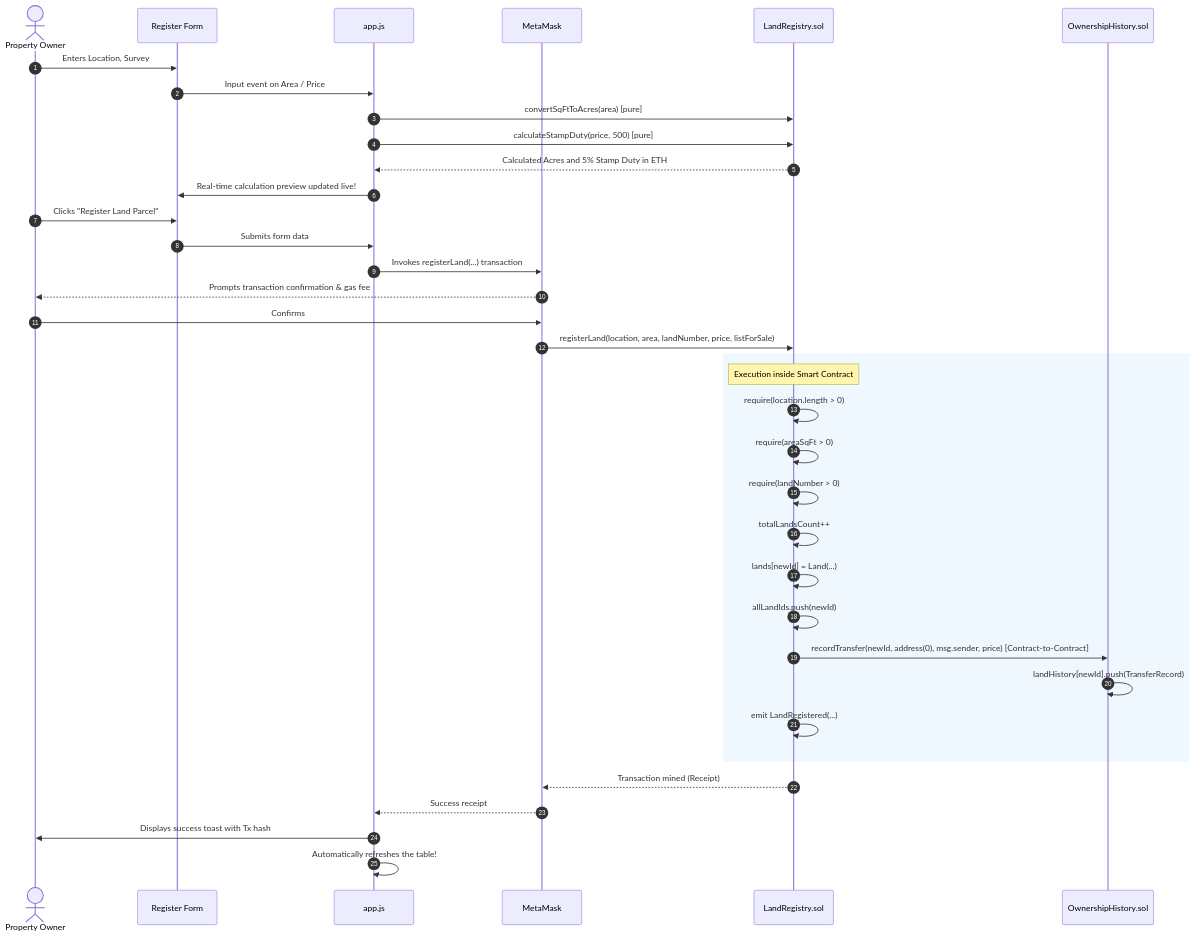
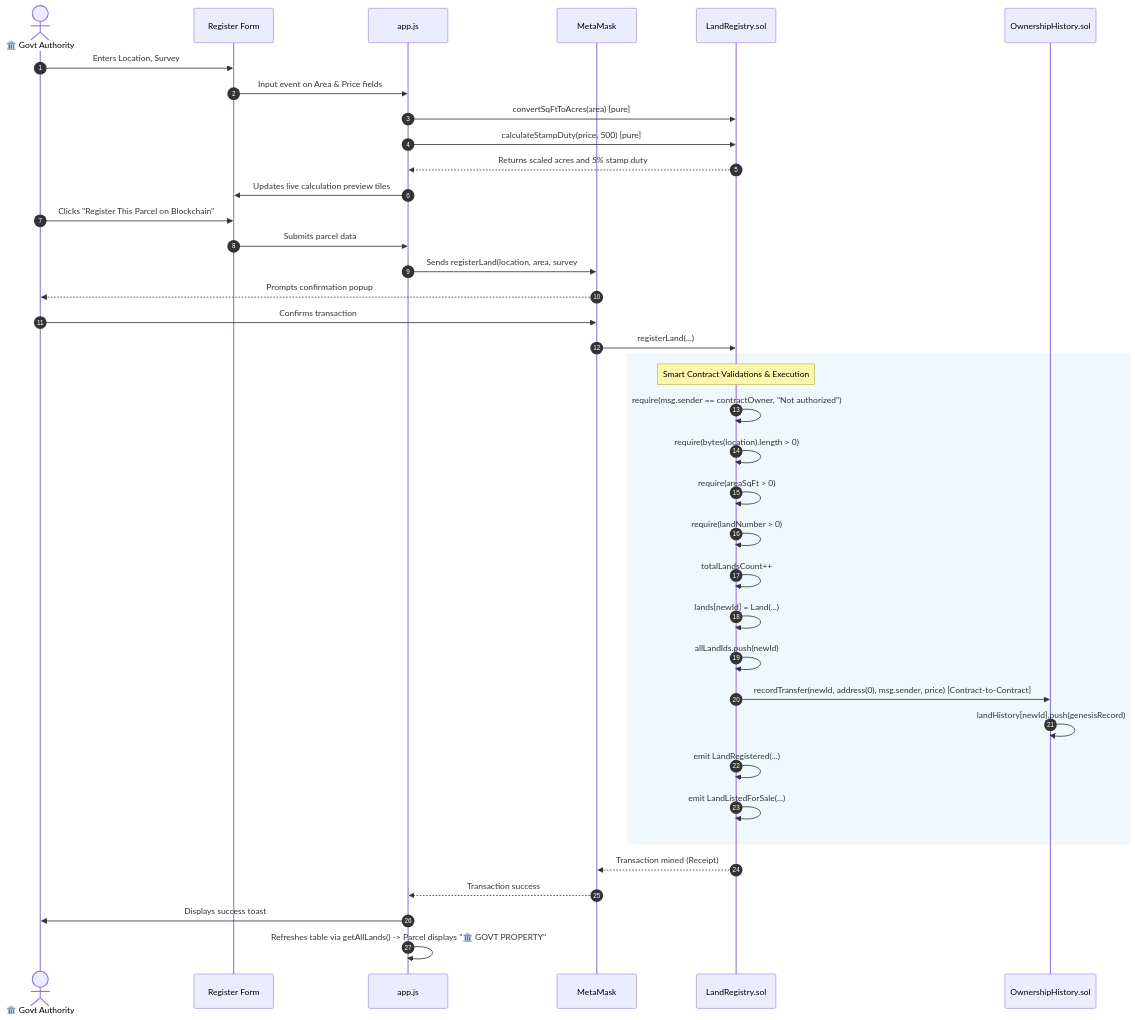
One commit to Darsh0002/Blockchain-Land-registry changed the third of 5 diagrams in WORKING.md. Above: the diagram before and after it, drawn with Mermaid. The commit also changed other lines of this file and 14 other files, not shown here.

````diff
--- a/WORKING.md
+++ b/WORKING.md
@@ -116,41 +115,43 @@
 ```mermaid
 sequenceDiagram
     autonumber
-    actor User as Property Owner
+    actor Govt as 🏛️ Govt Authority
     participant Form as Register Form
     participant App as app.js
     participant MM as MetaMask
     participant LR as LandRegistry.sol
     participant OH as OwnershipHistory.sol
 
-    User->>Form: Enters Location, Survey #, Area (sq ft), Asking Price (ETH)
-    Form->>App: Input event on Area / Price
+    Govt->>Form: Enters Location, Survey #, Area (sq ft), Price (ETH)
+    Form->>App: Input event on Area & Price fields
     App->>LR: convertSqFtToAcres(area) [pure]
     App->>LR: calculateStampDuty(price, 500) [pure]
-    LR-->>App: Calculated Acres and 5% Stamp Duty in ETH
-    App->>Form: Real-time calculation preview updated live!
-    User->>Form: Clicks "Register Land Parcel"
-    Form->>App: Submits form data
-    App->>MM: Invokes registerLand(...) transaction
-    MM-->>User: Prompts transaction confirmation & gas fee
-    User->>MM: Confirms
-    MM->>LR: registerLand(location, area, landNumber, price, listForSale)
-    
+    LR-->>App: Returns scaled acres and 5% stamp duty
+    App->>Form: Updates live calculation preview tiles
+    Govt->>Form: Clicks "Register This Parcel on Blockchain"
+    Form->>App: Submits parcel data
+    App->>MM: Sends registerLand(location, area, survey#, price, listForSale)
+    MM-->>Govt: Prompts confirmation popup
+    Govt->>MM: Confirms transaction
+    MM->>LR: registerLand(...)
+
     rect rgb(240, 248, 255)
-        Note over LR: Execution inside Smart Contract
-        LR->>LR: require(location.length > 0)
+        Note over LR: Smart Contract Validations & Execution
+        LR->>LR: require(msg.sender == contractOwner, "Not authorized")
+        LR->>LR: require(bytes(location).length > 0)
         LR->>LR: require(areaSqFt > 0)
         LR->>LR: require(landNumber > 0)
         LR->>LR: totalLandsCount++
         LR->>LR: lands[newId] = Land(...)
         LR->>LR: allLandIds.push(newId)
         LR->>OH: recordTransfer(newId, address(0), msg.sender, price) [Contract-to-Contract]
-        OH->>OH: landHistory[newId].push(TransferRecord)
+        OH->>OH: landHistory[newId].push(genesisRecord)
         LR->>LR: emit LandRegistered(...)
+        LR->>LR: emit LandListedForSale(...)
     end
 
     LR-->>MM: Transaction mined (Receipt)
-    MM-->>App: Success receipt
-    App->>User: Displays success toast with Tx hash
-    App->>App: Automatically refreshes the table!
+    MM-->>App: Transaction success
+    App->>Govt: Displays success toast
+    App->>App: Refreshes table via getAllLands() -> Parcel displays "🏛️ GOVT PROPERTY"
 ```
````
